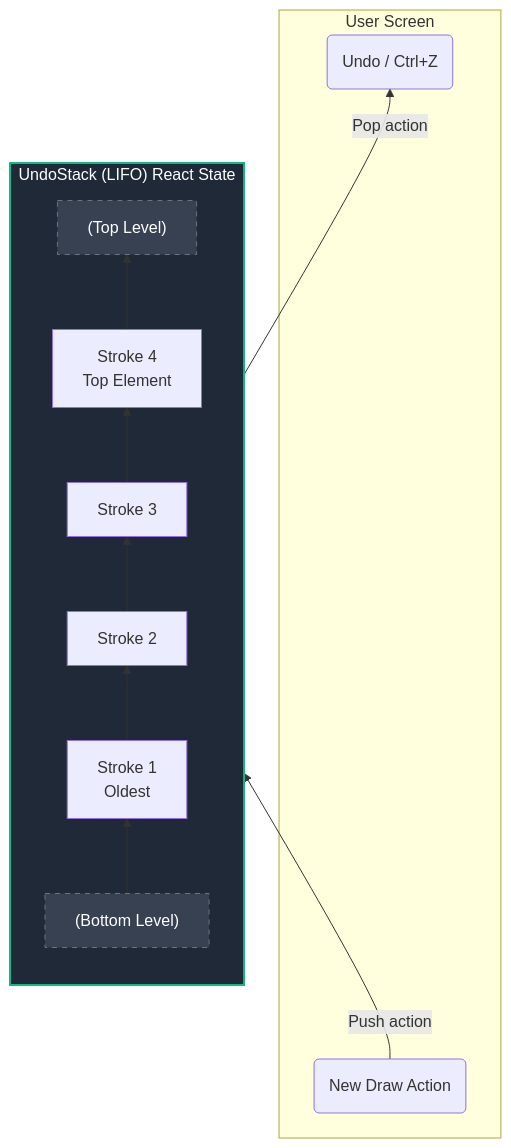
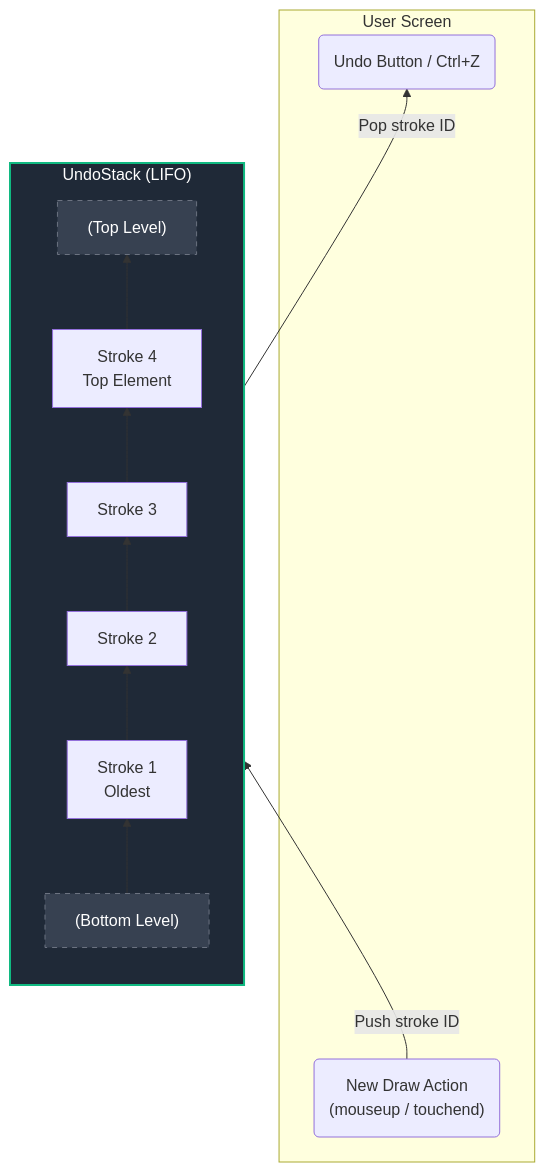
The second of 2 diagrams in docs/data_structures_design.md (prem22k/Online-Collaborative-Whiteboard), drawn with Mermaid before and after one commit. The commit also changed other lines of this file and 3 other files, not shown here.

````diff
--- a/docs/data_structures_design.md
+++ b/docs/data_structures_design.md
@@ -69,23 +75,23 @@
 ```mermaid
 graph BT
     subgraph ClientCanvas ["User Screen"]
-        DrawAction("New Draw Action")
-        UndoAction("Undo / Ctrl+Z")
+        DrawAction("New Draw Action<br/>(mouseup / touchend)")
+        UndoAction("Undo Button / Ctrl+Z")
     end
 
-    subgraph UndoStack ["UndoStack (LIFO) React State"]
+    subgraph UndoStack ["UndoStack (LIFO)"]
         direction BT
-        Bottom["(Bottom Level)"] --> S1[Stroke 1<br/>Oldest] 
-        S1 --> S2[Stroke 2] 
-        S2 --> S3[Stroke 3] 
+        Bottom["(Bottom Level)"] --> S1[Stroke 1<br/>Oldest]
+        S1 --> S2[Stroke 2]
+        S2 --> S3[Stroke 3]
         S3 --> S4[Stroke 4<br/>Top Element]
         S4 --> Top["(Top Level)"]
     end
 
-    DrawAction -->|Push action| Top
-    Top -->|Pop action| UndoAction
+    DrawAction -->|Push stroke ID| Top
+    Top -->|Pop stroke ID| UndoAction
 
     style UndoStack fill:#1f2937,stroke:#10b981,stroke-width:2px,color:#fff
     style Bottom fill:#374151,stroke:#6b7280,color:#fff,stroke-dasharray: 5 5
     style Top fill:#374151,stroke:#6b7280,color:#fff,stroke-dasharray: 5 5
 ```
````
